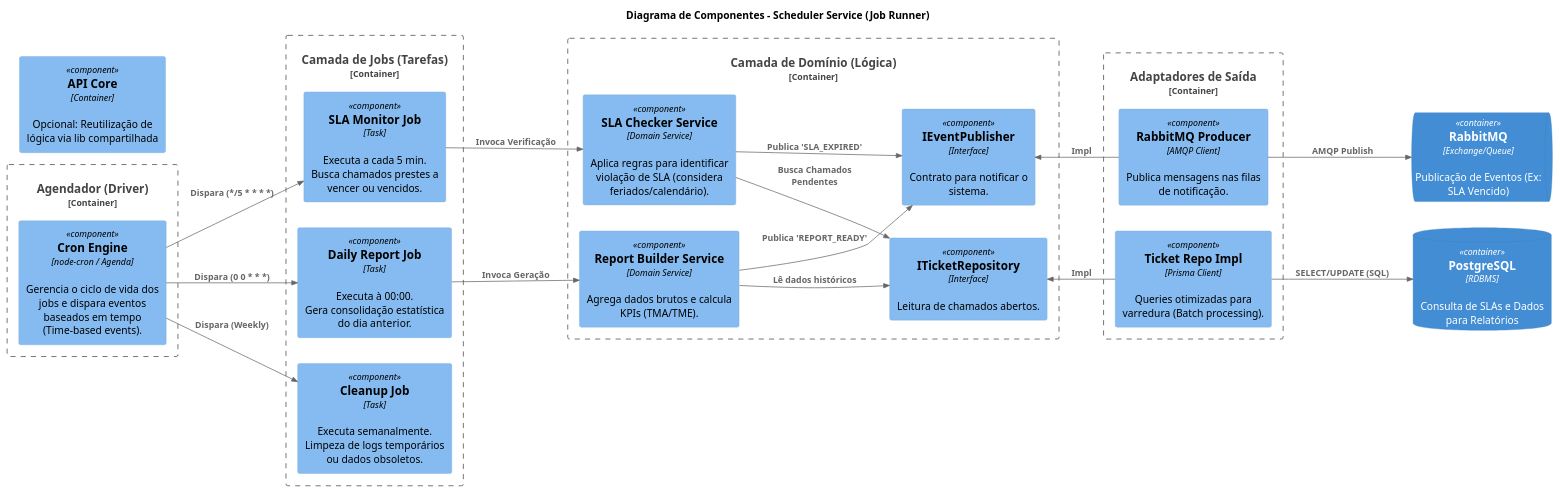
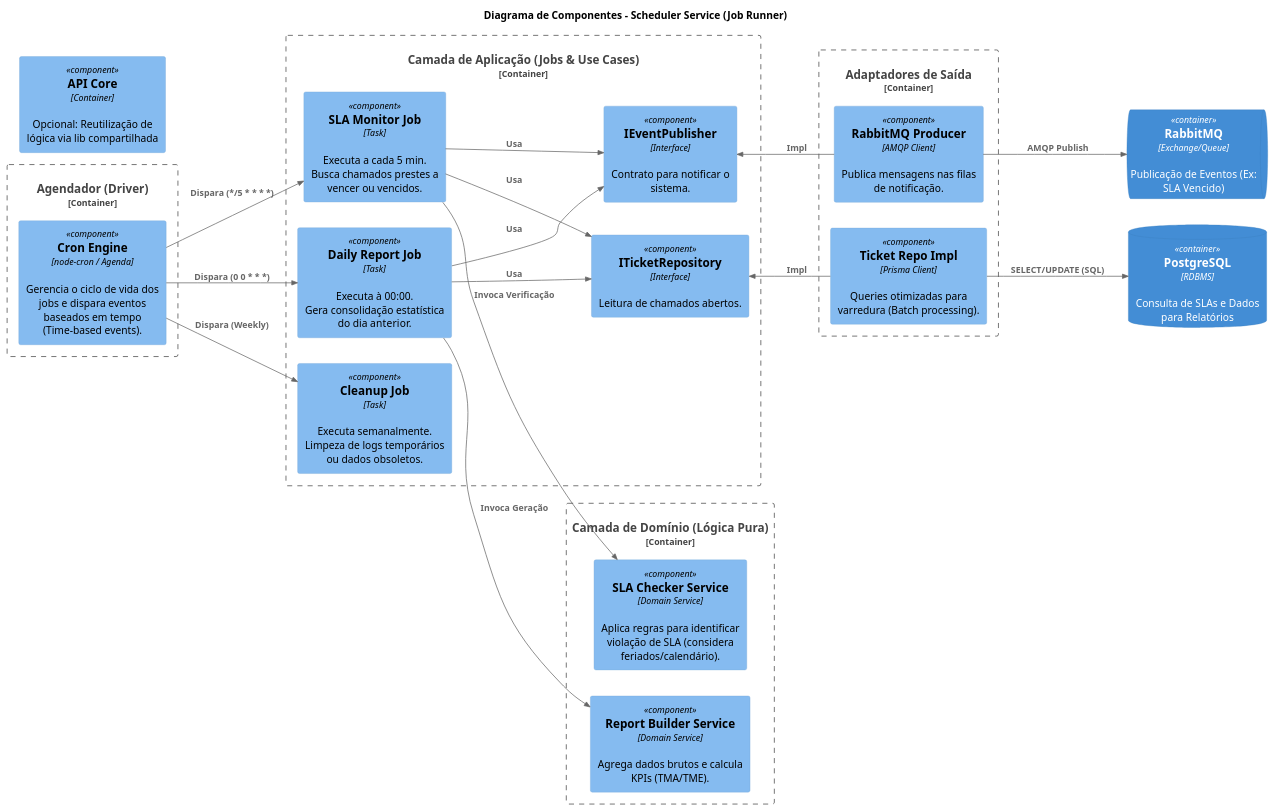
Before and after one commit to victor-alexandre/TJGO-Projeto-Software: the diagram in Artefato 3 - Diagrama de Componentes (C4)/Componente_Agendamento_Job_Runner.md, drawn with PlantUML.

Commit message:
refactor: isola jobs e domínio puro, move jobs para a camada de aplicação e mantém no domínio regras puras de cálculo de SLA e relatórios.

```diff
--- a/Artefato 3 - Diagrama de Componentes (C4)/Componente_Agendamento_Job_Runner.md
+++ b/Artefato 3 - Diagrama de Componentes (C4)/Componente_Agendamento_Job_Runner.md
@@ -19,26 +19,29 @@
 }
 
 ' ============================================================
-' 2. CAMADA DE JOBS (Entry Points)
+' 2. CAMADA DE APLICAÇÃO (Jobs & Use Cases)
 ' ============================================================
-Container_Boundary(jobs, "Camada de Jobs (Tarefas)") {
+' Jobs SÃO a aplicação/casos de uso deste serviço.
+Container_Boundary(app_layer, "Camada de Aplicação (Jobs & Use Cases)") {
+    
+    ' Jobs (Mantidos textualmente iguais)
     Component(sla_job, "SLA Monitor Job", "Task", "Executa a cada 5 min.\nBusca chamados prestes a vencer ou vencidos.")
     Component(report_job, "Daily Report Job", "Task", "Executa à 00:00.\nGera consolidação estatística do dia anterior.")
     Component(cleanup_job, "Cleanup Job", "Task", "Executa semanalmente.\nLimpeza de logs temporários ou dados obsoletos.")
+
+    ' Interfaces (Movidas do Domínio - Hexagonal)
+    Component(i_repo_ticket, "ITicketRepository", "Interface", "Leitura de chamados abertos.")
+    Component(i_event_pub, "IEventPublisher", "Interface", "Contrato para notificar o sistema.")
 }
 
 ' ============================================================
 ' 3. CAMADA DE DOMÍNIO (Service Layer)
 ' ============================================================
-Container_Boundary(domain, "Camada de Domínio (Lógica)") {
+Container_Boundary(domain, "Camada de Domínio (Lógica Pura)") {
     
-    ' Services
+    ' Services (Isolados de interfaces de banco)
     Component(sla_checker, "SLA Checker Service", "Domain Service", "Aplica regras para identificar violação de SLA (considera feriados/calendário).")
     Component(report_builder, "Report Builder Service", "Domain Service", "Agrega dados brutos e calcula KPIs (TMA/TME).")
-    
-    ' Interfaces (Portas)
-    Component(i_repo_ticket, "ITicketRepository", "Interface", "Leitura de chamados abertos.")
-    Component(i_event_pub, "IEventPublisher", "Interface", "Contrato para notificar o sistema.")
 }
 
 ' ============================================================
@@ -58,17 +61,17 @@
 Rel(cron_engine, report_job, "Dispara (0 0 * * *)")
 Rel(cron_engine, cleanup_job, "Dispara (Weekly)")
 
-' 2. Job orquestra o Serviço
+' 2. Aplicação -> Domínio (Orquestra a regra)
 Rel(sla_job, sla_checker, "Invoca Verificação")
 Rel(report_job, report_builder, "Invoca Geração")
 
-' 3. Serviço usa Portas
-Rel(sla_checker, i_repo_ticket, "Busca Chamados Pendentes")
-Rel(sla_checker, i_event_pub, "Publica 'SLA_EXPIRED'")
-Rel(report_builder, i_repo_ticket, "Lê dados históricos")
-Rel(report_builder, i_event_pub, "Publica 'REPORT_READY'")
+' 3. Aplicação -> Portas (Usa Interfaces)
+Rel(sla_job, i_repo_ticket, "Usa")
+Rel(sla_job, i_event_pub, "Usa")
+Rel(report_job, i_repo_ticket, "Usa")
+Rel(report_job, i_event_pub, "Usa")
 
-' 4. Implementação das Interfaces
+' 4. Infraestrutura -> Portas (Implementa Interfaces)
 Rel_Up(repo_ticket_impl, i_repo_ticket, "Impl")
 Rel_Up(rmq_producer, i_event_pub, "Impl")
 
```
